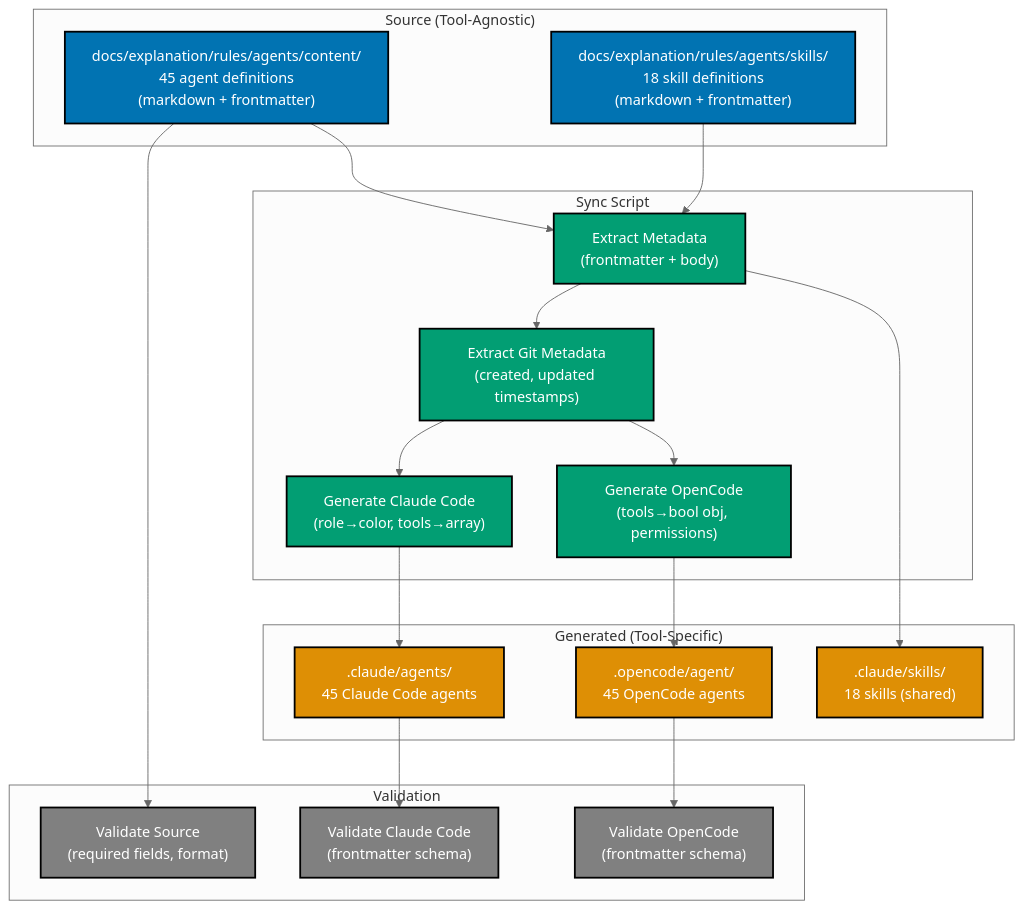
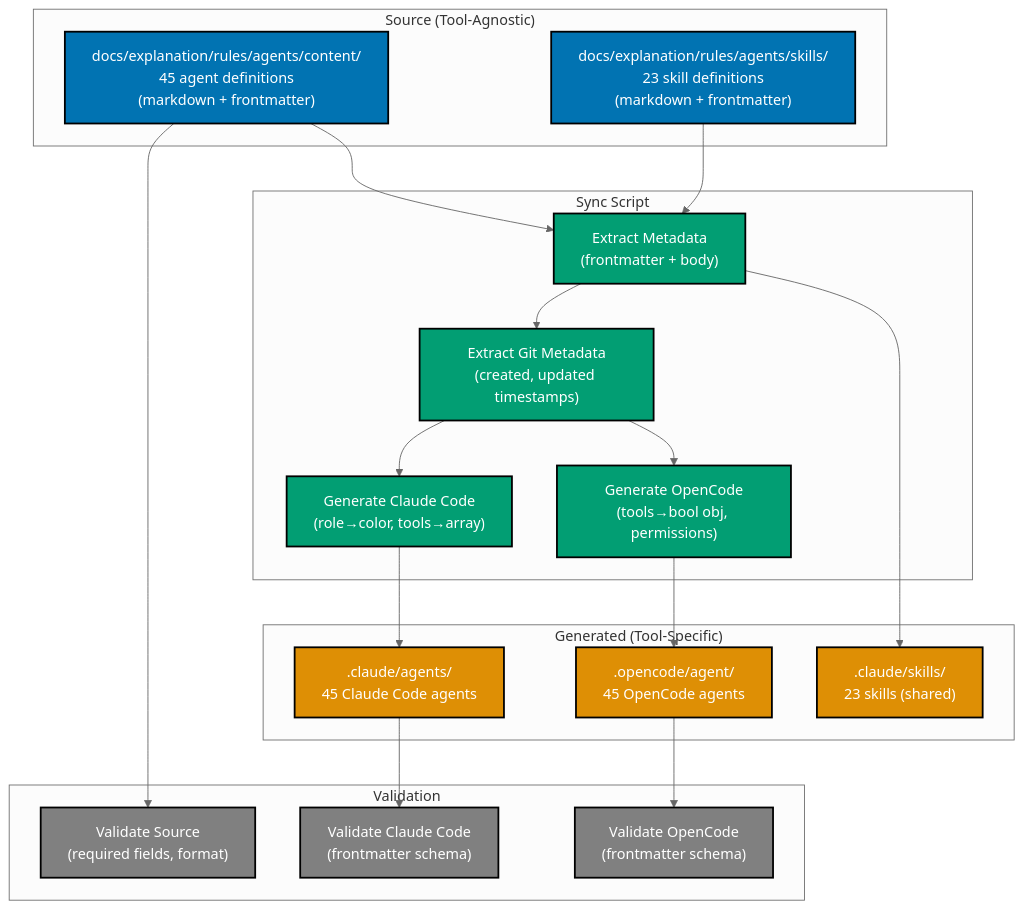
One commit to wahidyankf/open-sharia-enterprise changed the diagram in plans/backlog/2026-01-04__agents-docs-source-of-truth/tech-docs.md. Above: the diagram before and after it, drawn with Mermaid (neutral theme). The commit also changed other lines of this file and 69 other files, not shown here.

````diff
--- a/plans/backlog/2026-01-04__agents-docs-source-of-truth/tech-docs.md
+++ b/plans/backlog/2026-01-04__agents-docs-source-of-truth/tech-docs.md
@@ -5,52 +5,52 @@
 ```mermaid
 %% Uses accessible colors (color-blind friendly palette):
 %% - Blue (#0173B2) for source definitions (tool-agnostic)
 %% - Orange (#DE8F05) for generated formats (tool-specific)
 %% - Teal (#029E73) for sync script processes
 %% - Gray (#808080) for validation processes
 %% Tested for: protanopia, deuteranopia, tritanopia
 %% All colors meet WCAG AA contrast requirements
 
 graph TB
     subgraph "Source (Tool-Agnostic)"
         AgentDocs["docs/explanation/rules/agents/content/<br/>45 agent definitions<br/>(markdown + frontmatter)"]:::blue
-        SkillDocs["docs/explanation/rules/agents/skills/<br/>18 skill definitions<br/>(markdown + frontmatter)"]:::blue
+        SkillDocs["docs/explanation/rules/agents/skills/<br/>23 skill definitions<br/>(markdown + frontmatter)"]:::blue
     end
 
     subgraph "Sync Script"
         Extract["Extract Metadata<br/>(frontmatter + body)"]:::teal
         MapCC["Generate Claude Code<br/>(role→color, tools→array)"]:::teal
         MapOC["Generate OpenCode<br/>(tools→bool obj, permissions)"]:::teal
         GitMeta["Extract Git Metadata<br/>(created, updated timestamps)"]:::teal
     end
 
     subgraph "Generated (Tool-Specific)"
         CCAgents[".claude/agents/<br/>45 Claude Code agents"]:::orange
         OCAgents[".opencode/agent/<br/>45 OpenCode agents"]:::orange
-        Skills[".claude/skills/<br/>18 skills (shared)"]:::orange
+        Skills[".claude/skills/<br/>23 skills (shared)"]:::orange
     end
 
     subgraph "Validation"
         ValSrc["Validate Source<br/>(required fields, format)"]:::gray
         ValCC["Validate Claude Code<br/>(frontmatter schema)"]:::gray
         ValOC["Validate OpenCode<br/>(frontmatter schema)"]:::gray
     end
 
     AgentDocs --> Extract
     SkillDocs --> Extract
     Extract --> GitMeta
     GitMeta --> MapCC
     GitMeta --> MapOC
     MapCC --> CCAgents
     MapOC --> OCAgents
     Extract --> Skills
 
     CCAgents --> ValCC
     OCAgents --> ValOC
     AgentDocs --> ValSrc
 
     classDef blue fill:#0173B2,stroke:#000000,color:#FFFFFF,stroke-width:2px
     classDef orange fill:#DE8F05,stroke:#000000,color:#FFFFFF,stroke-width:2px
     classDef teal fill:#029E73,stroke:#000000,color:#FFFFFF,stroke-width:2px
     classDef gray fill:#808080,stroke:#000000,color:#FFFFFF,stroke-width:2px
 ```
````
